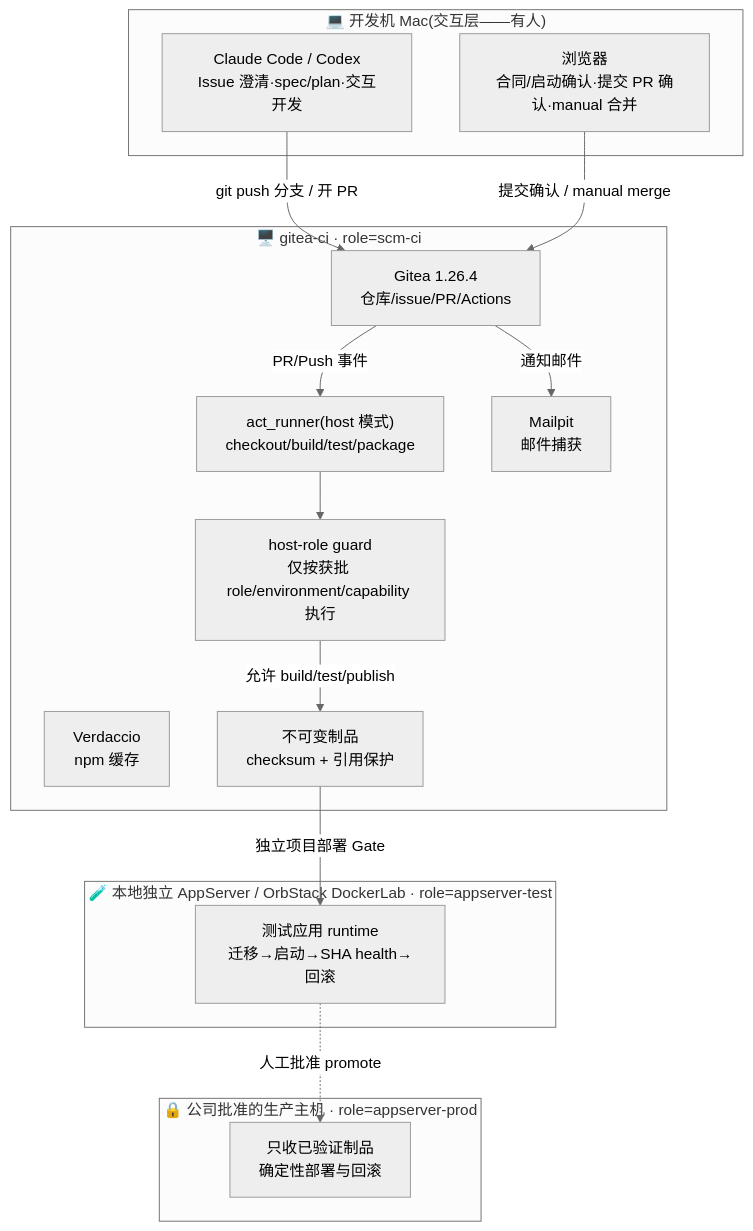
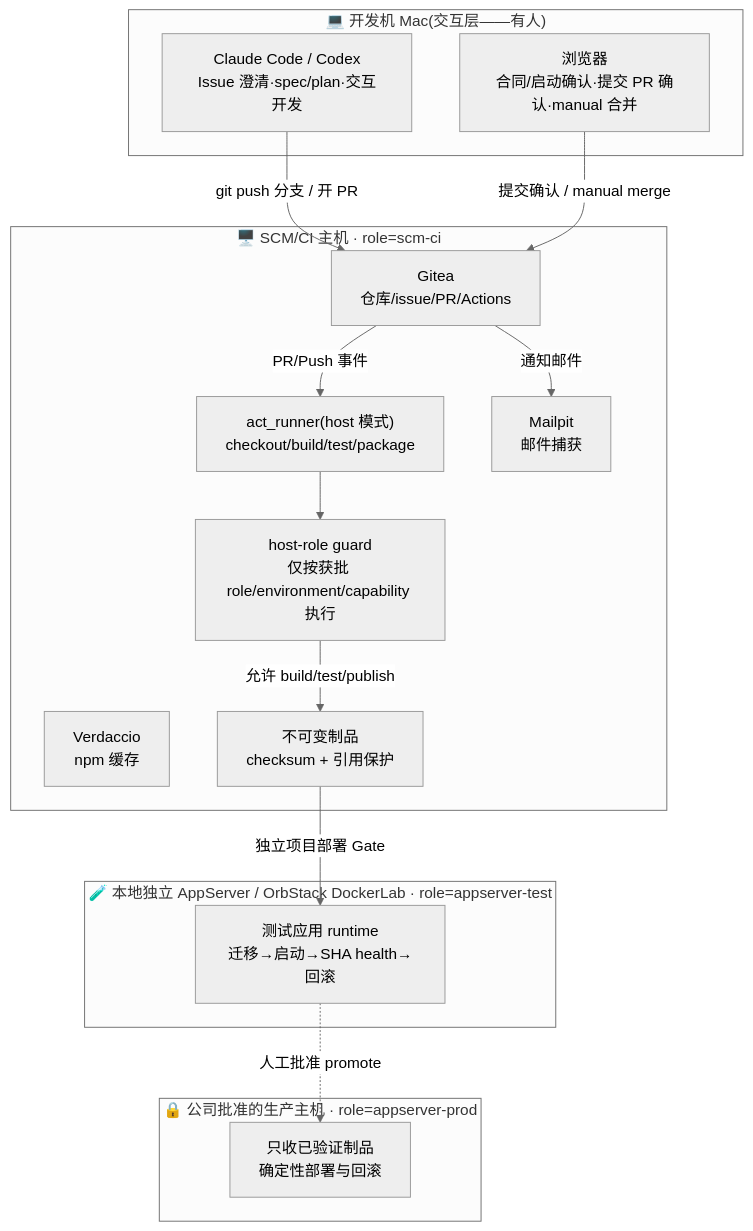
One commit to BenQue/AIGitea changed the first of 2 diagrams in README.md. Above: the diagram before and after it, drawn with Mermaid (neutral theme). The commit also changed other lines of this file and 12 other files, not shown here.

````diff
--- a/README.md
+++ b/README.md
@@ -46,33 +35,33 @@
 ```mermaid
 flowchart TB
     subgraph MAC["💻 开发机 Mac(交互层——有人)"]
         DEV["Claude Code / Codex<br/>Issue 澄清·spec/plan·交互开发"]
         BROWSER["浏览器<br/>合同/启动确认·提交 PR 确认·manual 合并"]
     end
 
-    subgraph VM1["🖥️ gitea-ci · role=scm-ci"]
-        GITEA["Gitea 1.26.4<br/>仓库/issue/PR/Actions"]
+    subgraph VM1["🖥️ SCM/CI 主机 · role=scm-ci"]
+        GITEA["Gitea<br/>仓库/issue/PR/Actions"]
         RUNNER["act_runner(host 模式)<br/>checkout/build/test/package"]
         VERD["Verdaccio<br/>npm 缓存"]
         MAIL["Mailpit<br/>邮件捕获"]
         ART["不可变制品<br/>checksum + 引用保护"]
         GUARD["host-role guard<br/>仅按获批 role/environment/capability 执行"]
     end
 
     subgraph TESTHOST["🧪 本地独立 AppServer / OrbStack DockerLab · role=appserver-test"]
         TEST["测试应用 runtime<br/>迁移→启动→SHA health→回滚"]
     end
 
     subgraph PRODHOST["🔒 公司批准的生产主机 · role=appserver-prod"]
         PROD["只收已验证制品<br/>确定性部署与回滚"]
     end
 
     DEV -->|"git push 分支 / 开 PR"| GITEA
     BROWSER -->|"提交确认 / manual merge"| GITEA
     GITEA -->|"PR/Push 事件"| RUNNER
     RUNNER --> GUARD
     GUARD -->|"允许 build/test/publish"| ART
     ART -->|"独立项目部署 Gate"| TEST
     TEST -.->|"人工批准 promote"| PROD
     GITEA -->|"通知邮件"| MAIL
 ```
````
